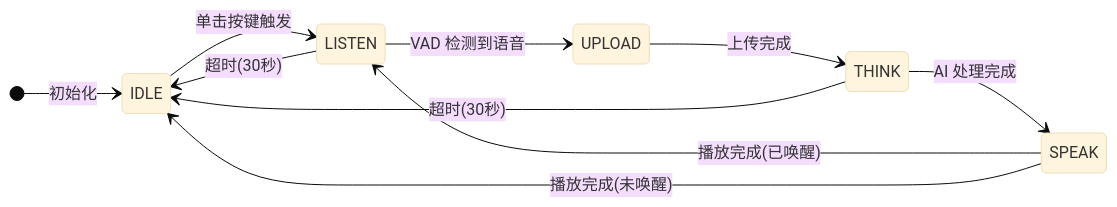
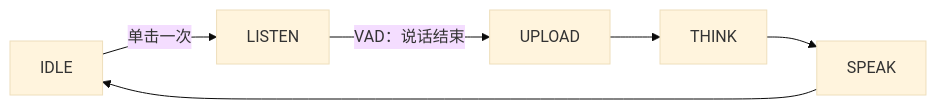
The diagram in i18n/zh/docusaurus-plugin-content-docs/current/cloud/device-ai/ai-components/ai-mode-oneshot.md (Tuya-Community/TuyaOpen.io), drawn with Mermaid (base theme) before and after one commit. The commit also changed other lines of this file and 365 other files, not shown here.

````diff
--- a/i18n/zh/docusaurus-plugin-content-docs/current/cloud/device-ai/ai-components/ai-mode-oneshot.md
+++ b/i18n/zh/docusaurus-plugin-content-docs/current/cloud/device-ai/ai-components/ai-mode-oneshot.md
@@ -53,13 +23,8 @@
 ```mermaid
-stateDiagram-v2
-    direction LR
-    [*] --> IDLE: 初始化
-    IDLE --> LISTEN: 单击按键触发
-    LISTEN --> UPLOAD: VAD 检测到语音
-    UPLOAD --> THINK: 上传完成
-    THINK --> SPEAK: AI 处理完成
-    SPEAK --> LISTEN: 播放完成(已唤醒)
-    SPEAK --> IDLE: 播放完成(未唤醒)
-    LISTEN --> IDLE: 超时(30秒)
-    THINK --> IDLE: 超时(30秒)
+flowchart LR
+    IDLE -->|单击一次| LISTEN
+    LISTEN -->|VAD：说话结束| UPLOAD
+    UPLOAD --> THINK
+    THINK --> SPEAK
+    SPEAK --> IDLE
 ```
````
